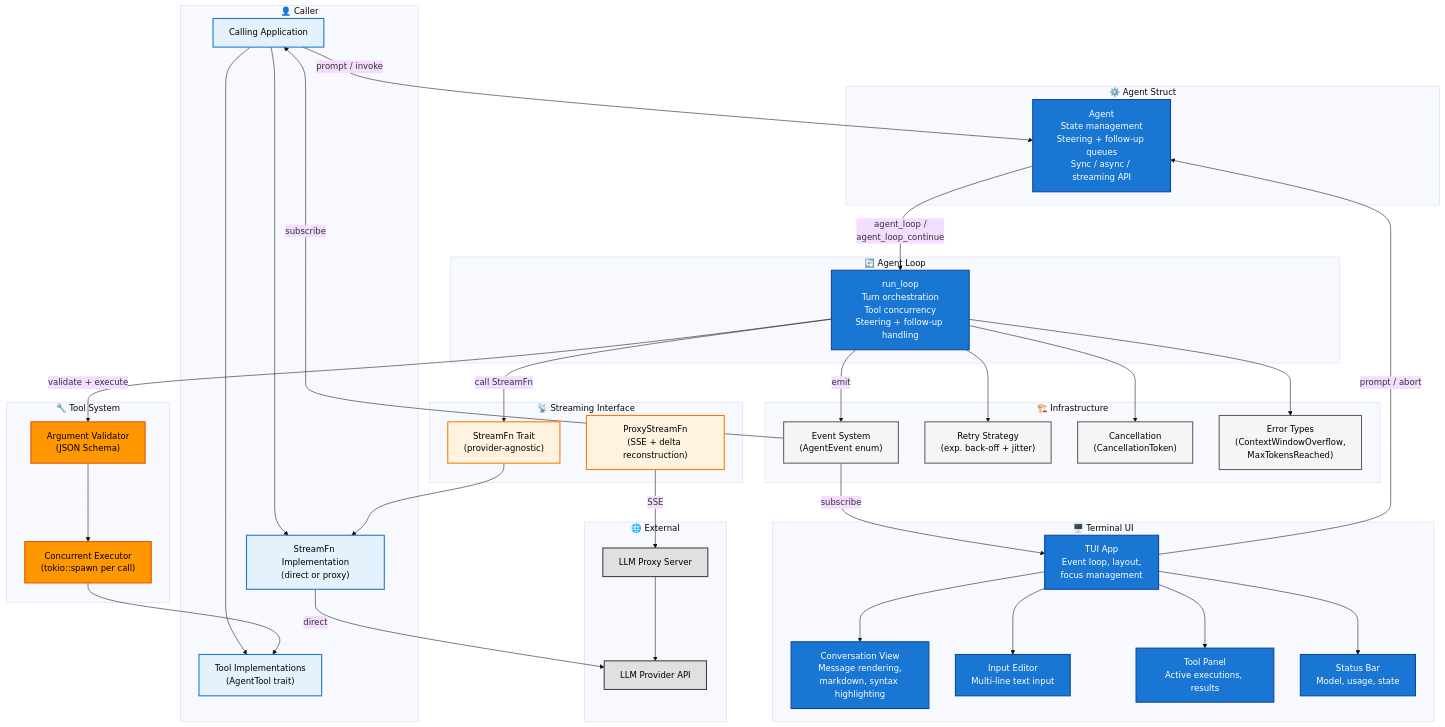
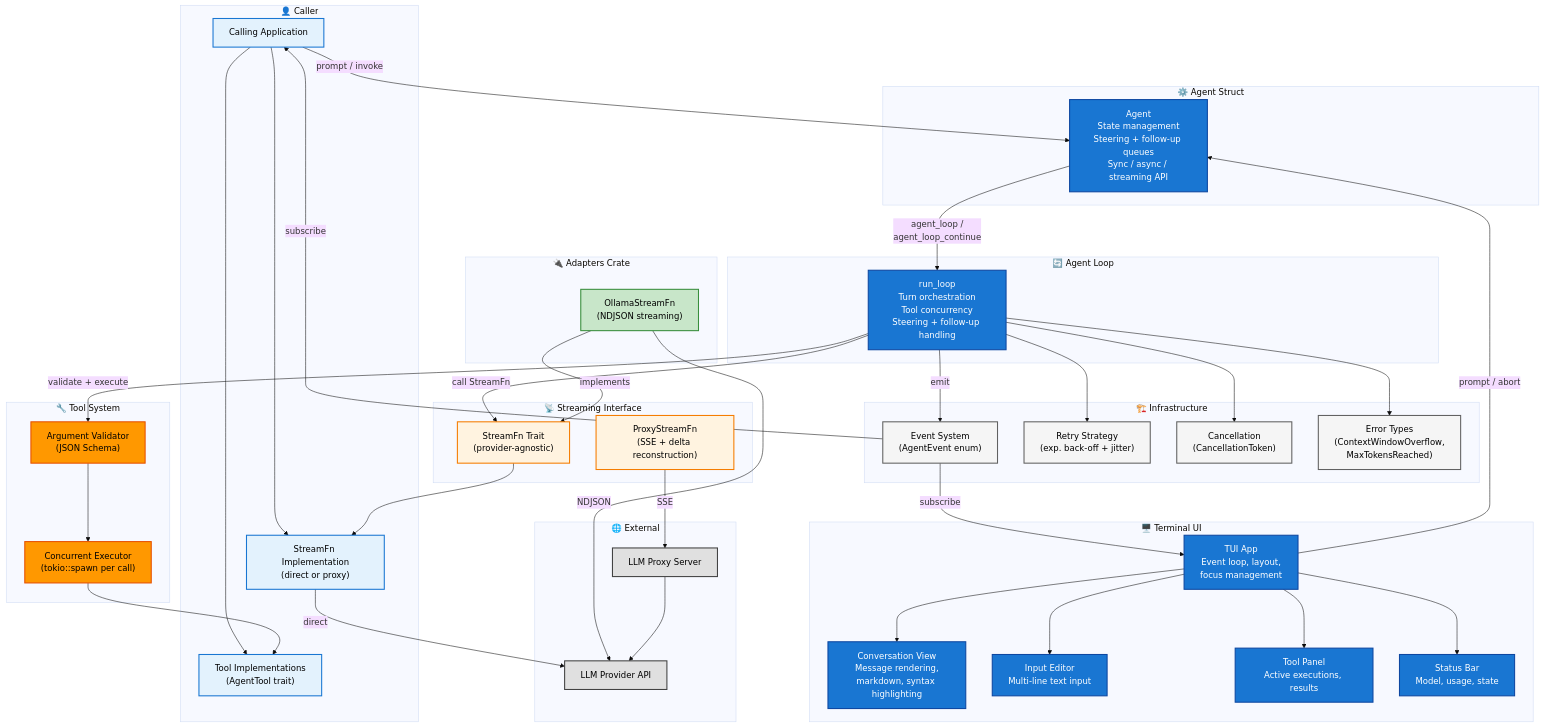
One commit to SuperSwinkAI/Swink-Agent changed the second of 5 diagrams in docs/architecture/HLD.md. Above: the diagram before and after it, drawn with Mermaid (base theme). The commit also changed other lines of this file and 26 other files, not shown here.

First line of the commit message:
Implement TUI phases T2–T4, Ollama adapter, and resolve QA findings

```diff
--- a/docs/architecture/HLD.md
+++ b/docs/architecture/HLD.md
@@ -88,6 +91,10 @@
     subgraph StreamLayer["📡 Streaming Interface"]
         StreamFn["StreamFn Trait<br/>(provider-agnostic)"]
         ProxyFn["ProxyStreamFn<br/>(SSE + delta reconstruction)"]
+    end
+
+    subgraph AdapterLayer["🔌 Adapters Crate"]
+        OllamaFn["OllamaStreamFn<br/>(NDJSON streaming)"]
     end
 
     subgraph InfraLayer["🏗️ Infrastructure"]
@@ -119,7 +126,9 @@
     Executor --> Tools
     Loop -->|"call StreamFn"| StreamFn
     StreamFn --> StreamImpl
+    OllamaFn -->|"implements"| StreamFn
     StreamImpl -->|direct| LLMProvider
+    OllamaFn -->|"NDJSON"| LLMProvider
     ProxyFn -->|SSE| ProxyServer
     ProxyServer --> LLMProvider
     Loop -->|"emit"| Events
@@ -139,6 +148,7 @@
     classDef loopStyle fill:#1976d2,stroke:#0d47a1,stroke-width:2px,color:#fff
     classDef toolStyle fill:#ff9800,stroke:#e65100,stroke-width:2px,color:#000
     classDef streamStyle fill:#fff3e0,stroke:#f57c00,stroke-width:2px,color:#000
+    classDef adapterStyle fill:#c8e6c9,stroke:#388e3c,stroke-width:2px,color:#000
     classDef infraStyle fill:#f5f5f5,stroke:#616161,stroke-width:2px,color:#000
     classDef externalStyle fill:#e0e0e0,stroke:#424242,stroke-width:2px,color:#000
     classDef tuiStyle fill:#1976d2,stroke:#0d47a1,stroke-width:2px,color:#fff
@@ -148,6 +158,7 @@
     class Loop loopStyle
     class Validator,Executor toolStyle
     class StreamFn,ProxyFn streamStyle
+    class OllamaFn adapterStyle
     class Events,Retry,Cancel,Errors infraStyle
     class TUIApp,ConvView,InputEditor,ToolPanel,StatusBar tuiStyle
     class LLMProvider,ProxyServer externalStyle
```
